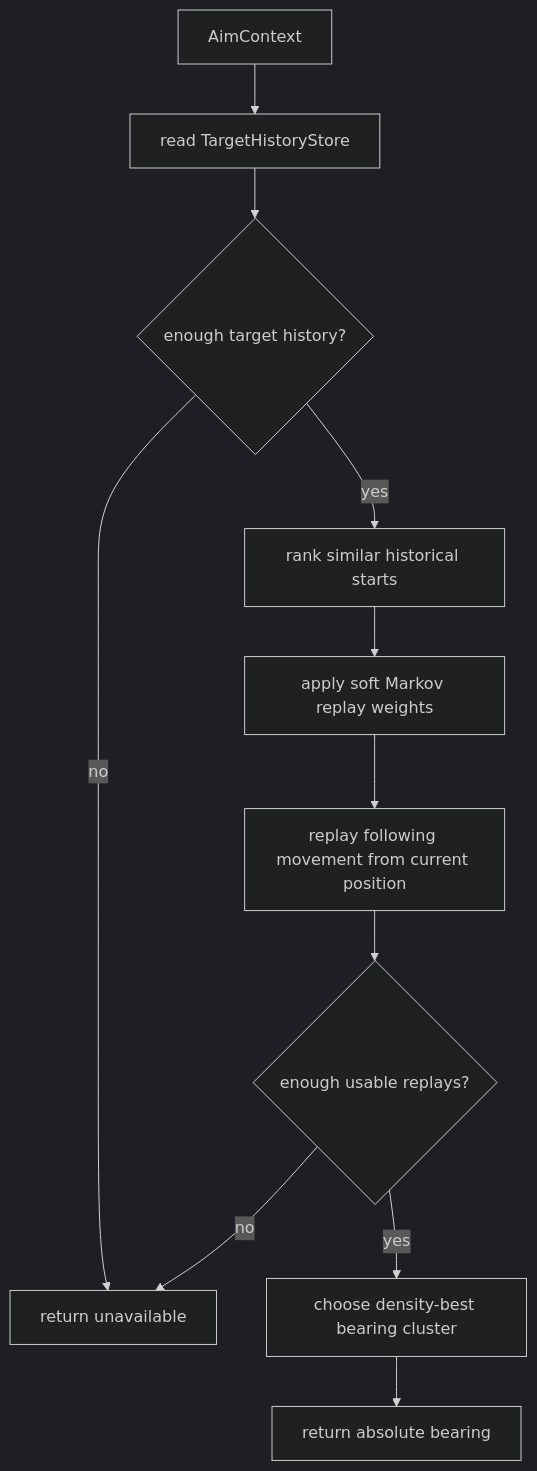
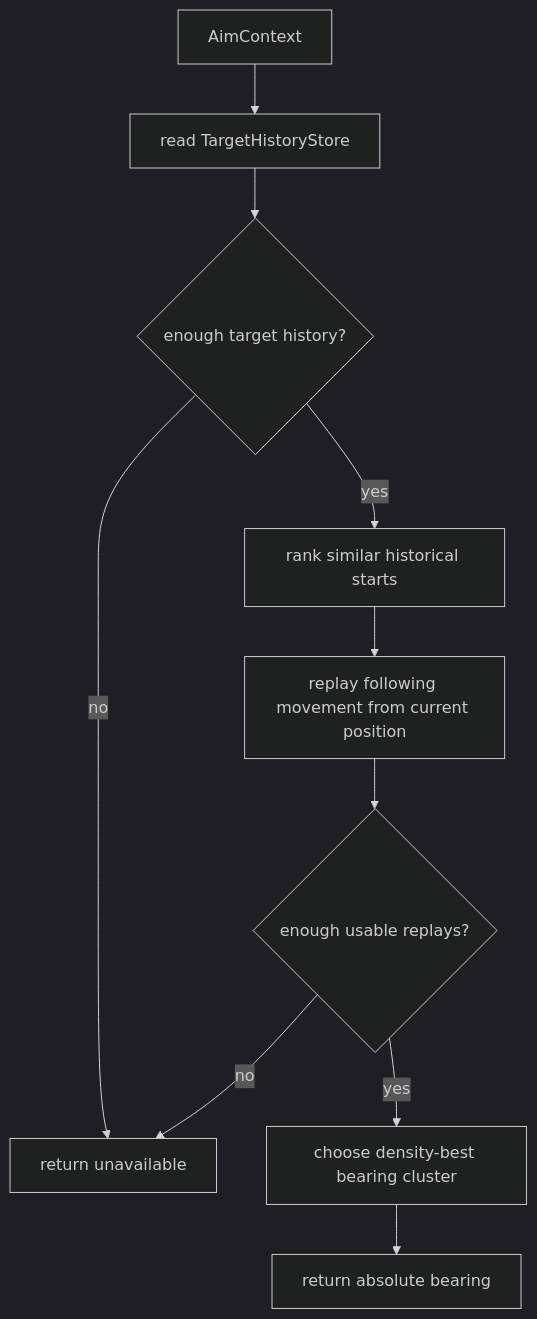
The diagram in bots/bot_core/gun/guns/displacement/README.md (fduch-stranger/robocode-bot), drawn with Mermaid (dark theme) before and after one commit. The commit also changed other lines of this file and 17 other files, not shown here.

````diff
--- a/bots/bot_core/gun/guns/displacement/README.md
+++ b/bots/bot_core/gun/guns/displacement/README.md
@@ -45,13 +41,12 @@
 ```mermaid
 flowchart TD
     A["AimContext"] --> B["read TargetHistoryStore"]
     B --> C{"enough target history?"}
     C -- "no" --> D["return unavailable"]
     C -- "yes" --> E["rank similar historical starts"]
-    E --> F["apply soft Markov replay weights"]
-    F --> G["replay following movement from current position"]
+    E --> G["replay following movement from current position"]
     G --> H{"enough usable replays?"}
     H -- "no" --> D
     H -- "yes" --> I["choose density-best bearing cluster"]
     I --> J["return absolute bearing"]
 ```
````
